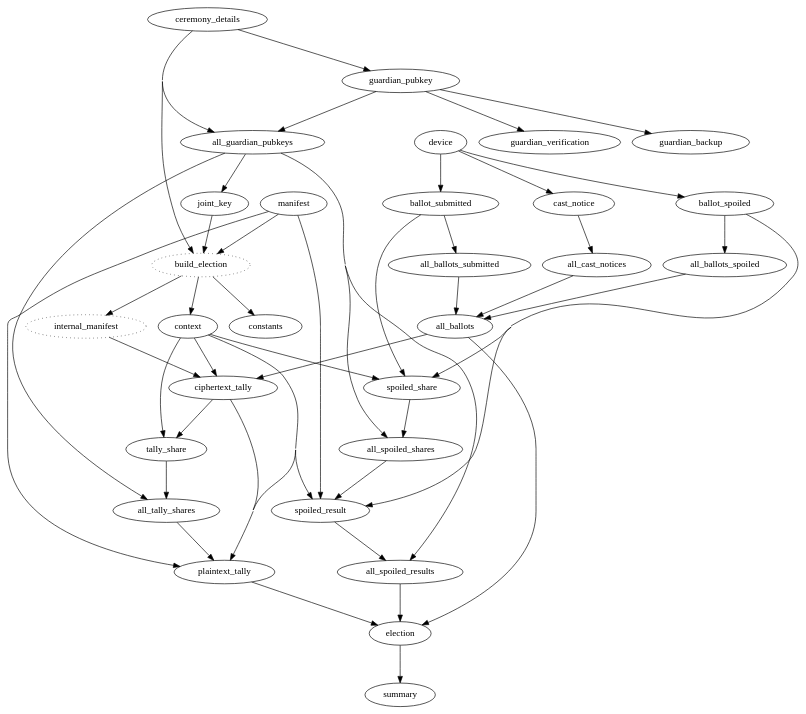
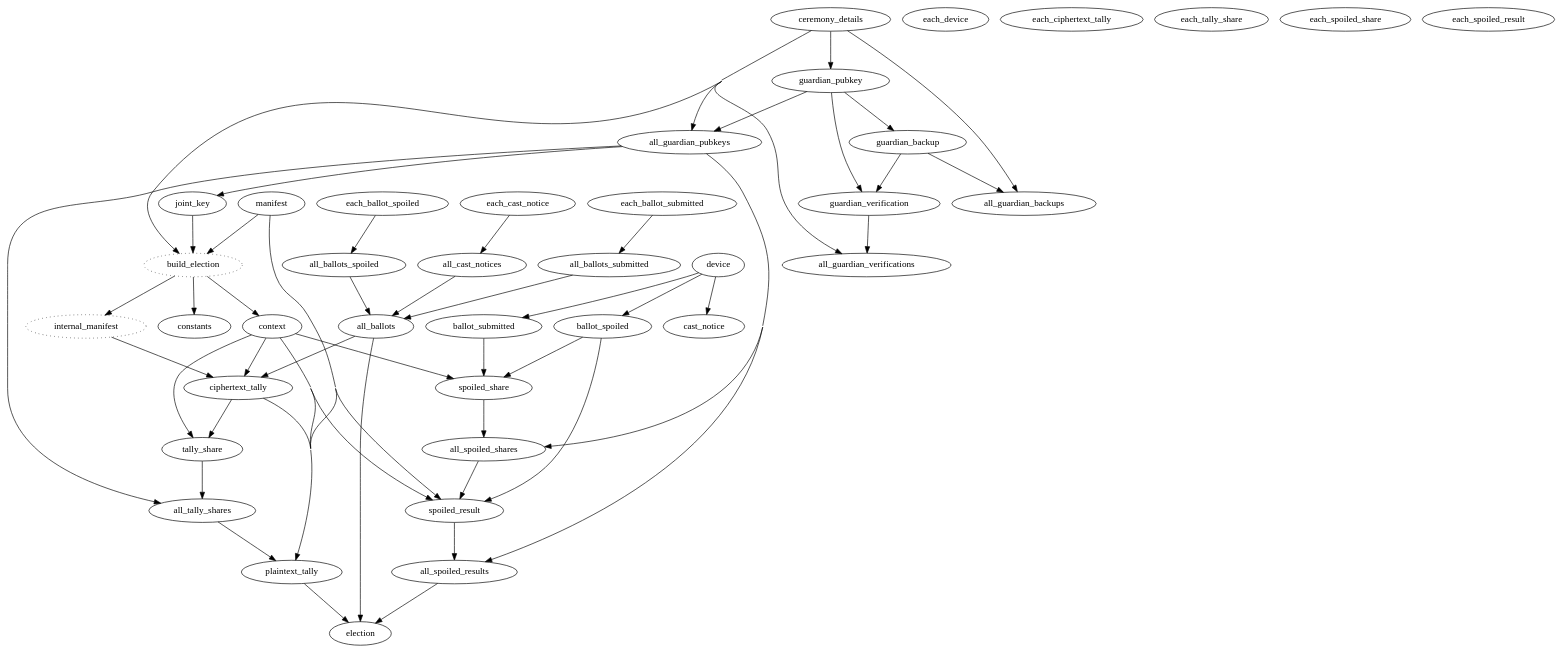
Before and after one commit to jefdaj/electionguard-cardano: the diagram in milestone1/verifier/scripts/verifier_deps.dot, drawn with Graphviz. The commit also changed 3 other files, not shown here.

```diff
--- a/milestone1/verifier/scripts/verifier_deps.dot
+++ b/milestone1/verifier/scripts/verifier_deps.dot
@@ -1,64 +1,65 @@
 digraph verifier_deps {
   concentrate=true
   ranksep=0.8
 
   # nodes from PUBLIC_RECORDS keys
   manifest
   ceremony_details
   guardian_pubkey
   guardian_backup # TODO remove? not sure whether these are considered public
   guardian_verification
   joint_key
   constants
   context
-  device
-  ballot_submitted
-  cast_notice
-  ballot_spoiled
-  ciphertext_tally
-  tally_share
-  spoiled_share
+  each_device
+  each_ballot_submitted
+  each_cast_notice
+  each_ballot_spoiled
+  each_ciphertext_tally
+  each_tally_share
+  each_spoiled_share
   plaintext_tally
-  spoiled_result
-  # summary # TODO remove once moved to verify step
+  each_spoiled_result
 
   # "all" versions of things that are actually sets
   {ceremony_details,guardian_pubkey} -> all_guardian_pubkeys
-  ballot_submitted -> all_ballots_submitted
-  ballot_spoiled -> all_ballots_spoiled
-  cast_notice -> all_cast_notices
+  each_ballot_submitted -> all_ballots_submitted
+  each_ballot_spoiled -> all_ballots_spoiled
+  each_cast_notice -> all_cast_notices
   {all_ballots_submitted,all_ballots_spoiled,all_cast_notices} -> all_ballots # TODO all_ballots_spoiled not needed here?
+
+  # TODO fix these
   {all_guardian_pubkeys, spoiled_share} -> all_spoiled_shares
   {all_guardian_pubkeys, spoiled_result} -> all_spoiled_results
   {all_guardian_pubkeys, tally_share} -> all_tally_shares
 
   # misc other nodes added manually
   build_election [style=dotted]    # not really a dep, but makes it cleaner # TODO remove?
   internal_manifest [style=dotted] # not serializable; have to build_election each time
-  # TODO verify? (the new 4_verify outputs. not sure if useful bc will depend on all other nodes)
   election
-  summary # TODO rename verify?
 
   # dependenencies from guardian.py
   ceremony_details -> guardian_pubkey -> guardian_backup
-  guardian_pubkey -> guardian_verification # TODO remove? it really depends on the *cardano* wallet key right?
+  {ceremony_details,guardian_backup} -> all_guardian_backups
+  {guardian_pubkey,guardian_backup} -> guardian_verification # TODO remove? it really depends on the *cardano* wallet key right?
+  {ceremony_details,guardian_verification} -> all_guardian_verifications
   all_guardian_pubkeys -> joint_key
   {ciphertext_tally,context} -> tally_share
   {context,ballot_submitted,ballot_spoiled} -> spoiled_share
   
 
   # dependencies from device.py
   device -> {ballot_submitted,ballot_spoiled,cast_notice}
 
   # dependenencies from admin.py
   {manifest,ceremony_details,joint_key} -> build_election -> {constants,internal_manifest,context}
   {internal_manifest,context,all_ballots} -> ciphertext_tally
   {manifest,context,all_tally_shares,ciphertext_tally} -> plaintext_tally
   {manifest,context,all_spoiled_shares,ballot_spoiled} -> spoiled_result
 
   # overall election cerfification/verification
   # TODO is this how people will see it? or will they only require the plaintext_tally?
   # (either way, this is the way to get the code working first)
   {all_ballots,all_spoiled_results,plaintext_tally} -> election
-  election -> summary
+  election
 }
```
